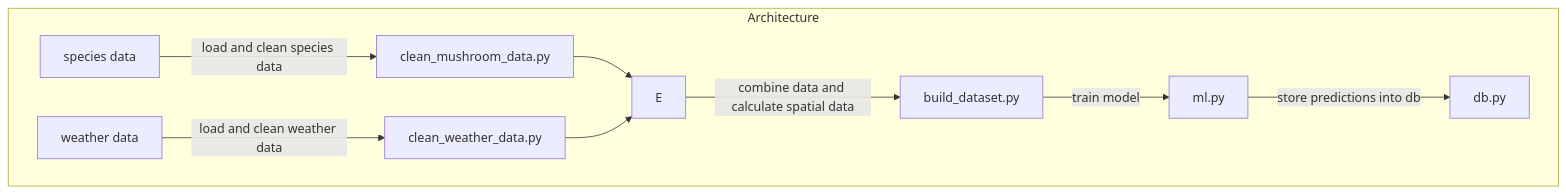
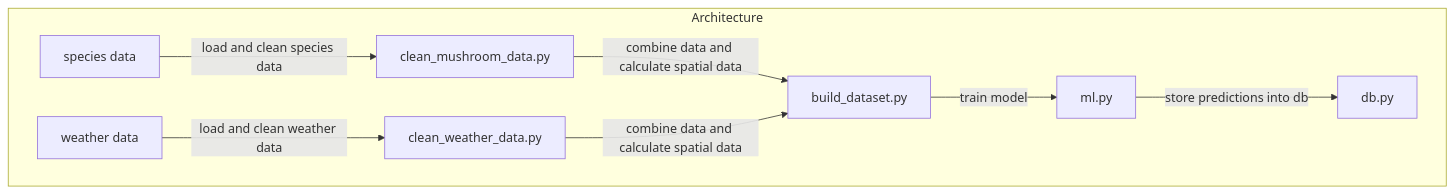
One commit to FungusLocus/findmushroom changed the diagram in README.md. Above: the diagram before and after it, drawn with Mermaid.

````diff
--- a/README.md
+++ b/README.md
@@ -30,13 +30,12 @@
 ```mermaid
 graph TD
     subgraph Architecture
         A[species data] --> |load and clean species data| B[clean_mushroom_data.py]
         C[weather data] --> |load and clean weather data| D[clean_weather_data.py]
-        B --> E
-        D --> E
-        E --> |combine data and calculate spatial data| build_dataset.py[build_dataset.py]
-        build_dataset.py --> |train model| F[ml.py]
+        B --> |combine data and calculate spatial data| E[build_dataset.py]
+        D --> |combine data and calculate spatial data| E[build_dataset.py]
+        E[build_dataset.py] --> |train model| F[ml.py]
         F --> |store predictions into db| G[db.py]
     end
 
 ```
````
